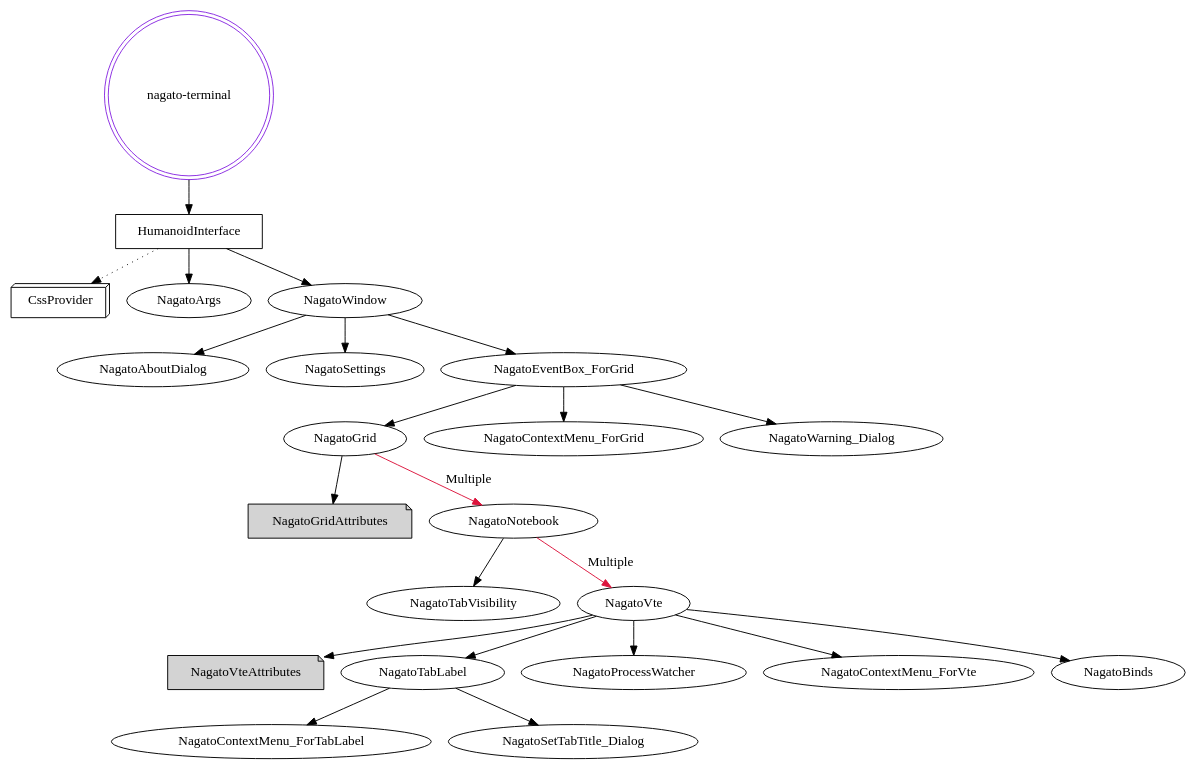
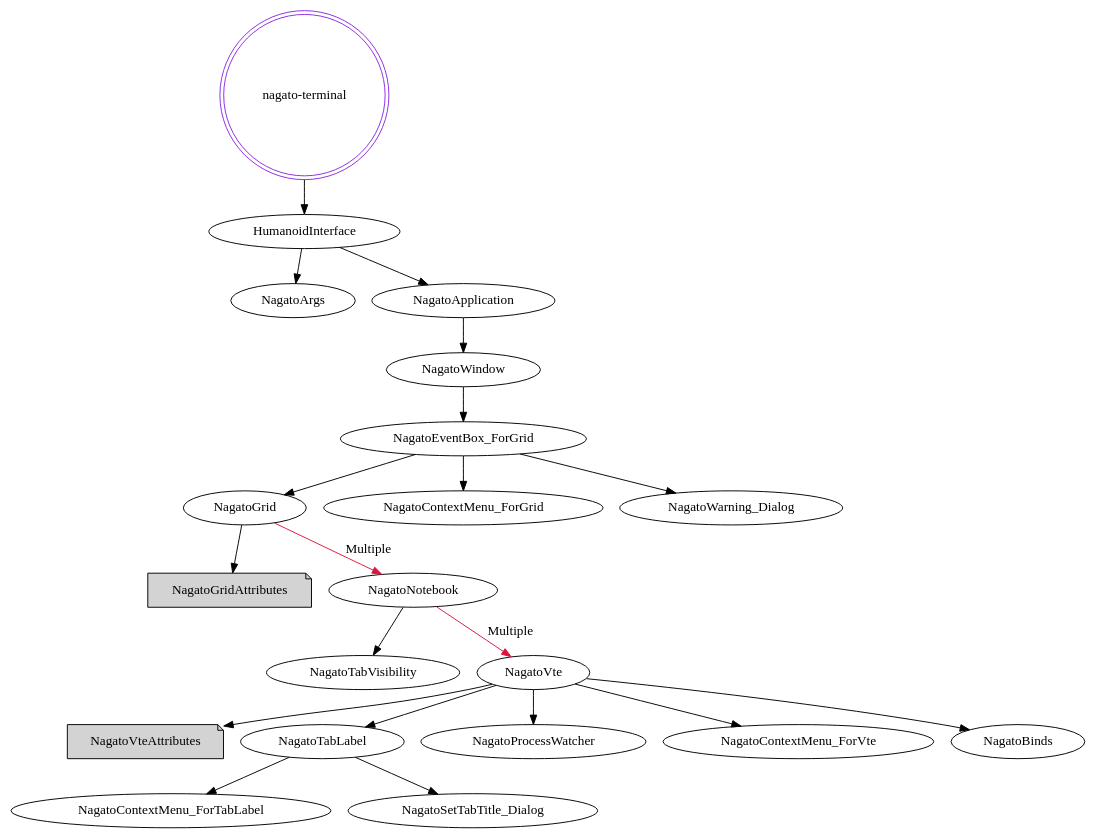
The diagram in nagato-terminal/chain_of_command.gv (takedanemuru/NagatoBox), drawn with Graphviz before and after one commit. The commit also changed 83 other files, not shown here.

```diff
--- a/nagato-terminal/chain_of_command.gv
+++ b/nagato-terminal/chain_of_command.gv
@@ -1,60 +1,49 @@
 digraph {
 
     "nagato-terminal" [
         shape = "doublecircle"
         color = "BlueViolet"
     ]
 
     "nagato-terminal" -> HumanoidInterface
     
-    HumanoidInterface [
-        shape = "box"
-    ]
+    HumanoidInterface -> NagatoArgs
+    HumanoidInterface -> NagatoApplication
     
-    CssProvider [
-        shape = "box3d"
-    ]
+    NagatoApplication -> NagatoWindow
     
-    HumanoidInterface -> CssProvider[
-        style = "dotted"
-    ]
-    HumanoidInterface -> NagatoArgs
-    HumanoidInterface -> NagatoWindow
-    
-    NagatoWindow -> NagatoAboutDialog
-    NagatoWindow -> NagatoSettings
     NagatoWindow -> NagatoEventBox_ForGrid
     
     NagatoEventBox_ForGrid -> NagatoGrid
     NagatoEventBox_ForGrid -> NagatoContextMenu_ForGrid
     NagatoEventBox_ForGrid -> NagatoWarning_Dialog
     
     NagatoGridAttributes,
     NagatoVteAttributes [
         style = "filled"
         shape = "note"
     ]
 
     NagatoGrid -> NagatoNotebook [ 
         label = "Multiple"
         color = "Crimson"
         ]
     NagatoGrid -> NagatoGridAttributes
     
     
     NagatoNotebook -> NagatoTabVisibility
     NagatoNotebook -> NagatoVte [ 
         label = "Multiple"
         color = "Crimson"
         ]
     
     NagatoVte -> NagatoVteAttributes
     NagatoVte -> NagatoTabLabel
     NagatoVte -> NagatoProcessWatcher
     NagatoVte -> NagatoContextMenu_ForVte
     NagatoVte -> NagatoBinds
     
     NagatoTabLabel -> NagatoContextMenu_ForTabLabel
     NagatoTabLabel -> NagatoSetTabTitle_Dialog
     
 }
```
